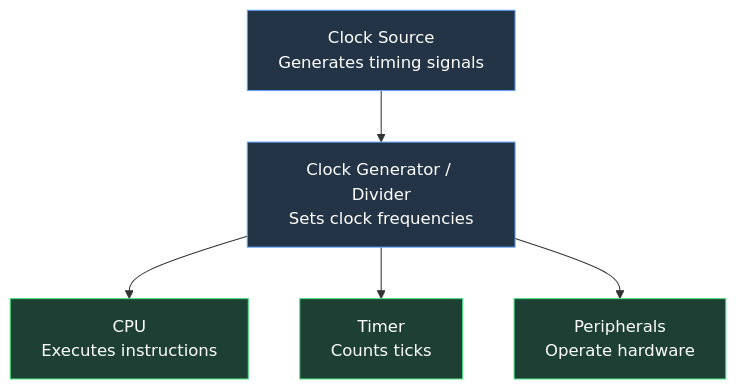
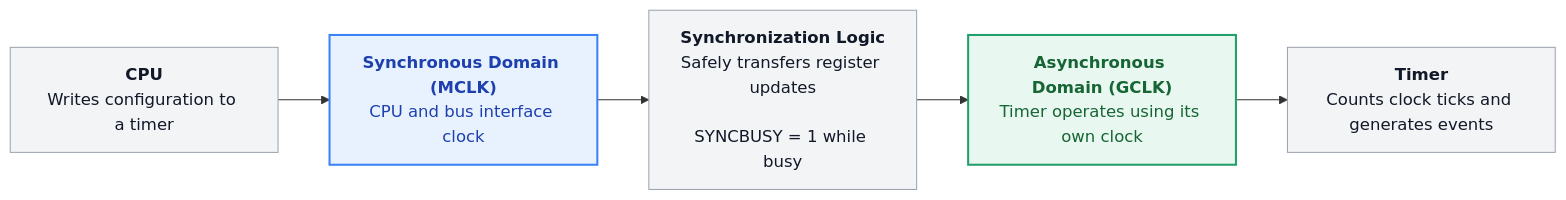
The first of 3 diagrams in docs/microchip-university/01-microcontroller-basics.md (Risa-Miura/samd51-embedded-learning), drawn with Mermaid before and after one commit. The commit also changed other lines of this file, not shown here.

Commit message:
Restructure microcontroller basics notes and add clock sync, oscillator, and GPIO sections

````diff
--- a/docs/microchip-university/01-microcontroller-basics.md
+++ b/docs/microchip-university/01-microcontroller-basics.md
@@ -25,20 +75,21 @@
 ```mermaid
-flowchart TD
-    A["Clock Source<br/>Generates timing signals"]
-    B["Clock Generator / Divider<br/>Sets clock frequencies"]
-
-    C["CPU<br/>Executes instructions"]
-    D["Timer<br/>Counts ticks"]
-    E["Peripherals<br/>Operate hardware"]
+flowchart LR
+    A["<b>CPU</b><br>Writes configuration to a timer"]
+    B["<b>Synchronous Domain (MCLK)</b><br>CPU and bus interface clock"]
+    C["<b>Synchronization Logic</b><br>Safely transfers register updates<br><br>SYNCBUSY = 1 while busy"]
+    D["<b>Asynchronous Domain (GCLK)</b><br>Timer operates using its own clock"]
+    E["<b>Timer</b><br>Counts clock ticks and generates events"]
 
     A --> B
     B --> C
-    B --> D
-    B --> E
+    C --> D
+    D --> E
 
-    style A fill:#243447,stroke:#60a5fa,color:#fff
-    style B fill:#243447,stroke:#60a5fa,color:#fff
-    style C fill:#1e4034,stroke:#4ade80,color:#fff
-    style D fill:#1e4034,stroke:#4ade80,color:#fff
-    style E fill:#1e4034,stroke:#4ade80,color:#fff
+    classDef neutral fill:#F3F4F6,stroke:#9CA3AF,color:#111827
+    classDef blue fill:#E8F2FF,stroke:#3B82F6,color:#1E40AF,stroke-width:2px
+    classDef green fill:#E8F7EF,stroke:#22A06B,color:#166534,stroke-width:2px
+
+    class A,C,E neutral
+    class B blue
+    class D green
 ```
````
